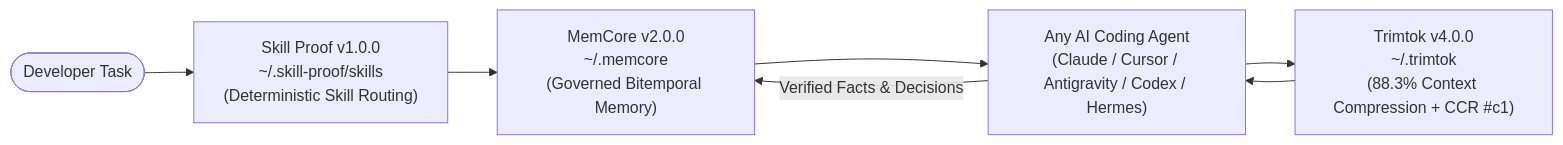
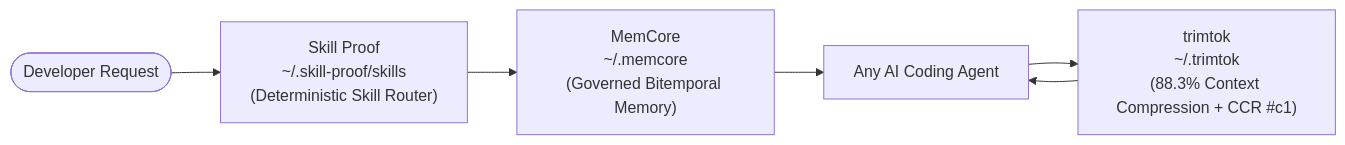
The second of 2 diagrams in README.md (Stxyu-p/memcore), drawn with Mermaid before and after one commit. The commit also changed other lines of this file and 1 other file, not shown here.

Commit message:
docs: rewrite evergreen self-first README and architecture SVG with visual showcases

````diff
--- a/README.md
+++ b/README.md
@@ -51,9 +329,8 @@
 ```mermaid
 flowchart LR
-    User(["Developer Task"]) --> SP["Skill Proof v1.0.0<br/>~/.skill-proof/skills<br/>(Deterministic Skill Routing)"]
-    SP --> MC["MemCore v2.0.0<br/>~/.memcore<br/>(Governed Bitemporal Memory)"]
-    MC --> Agent["Any AI Coding Agent<br/>(Claude / Cursor / Antigravity / Codex / Hermes)"]
-    Agent --> TT["Trimtok v4.0.0<br/>~/.trimtok<br/>(88.3% Context Compression + CCR #c1)"]
+    Task(["Developer Request"]) --> SP["Skill Proof<br/>~/.skill-proof/skills<br/>(Deterministic Skill Router)"]
+    SP --> MC["MemCore<br/>~/.memcore<br/>(Governed Bitemporal Memory)"]
+    MC --> Agent["Any AI Coding Agent"]
+    Agent --> TT["trimtok<br/>~/.trimtok<br/>(88.3% Context Compression + CCR #c1)"]
     TT --> Agent
-    Agent -->|"Verified Facts & Decisions"| MC
 ```
````
